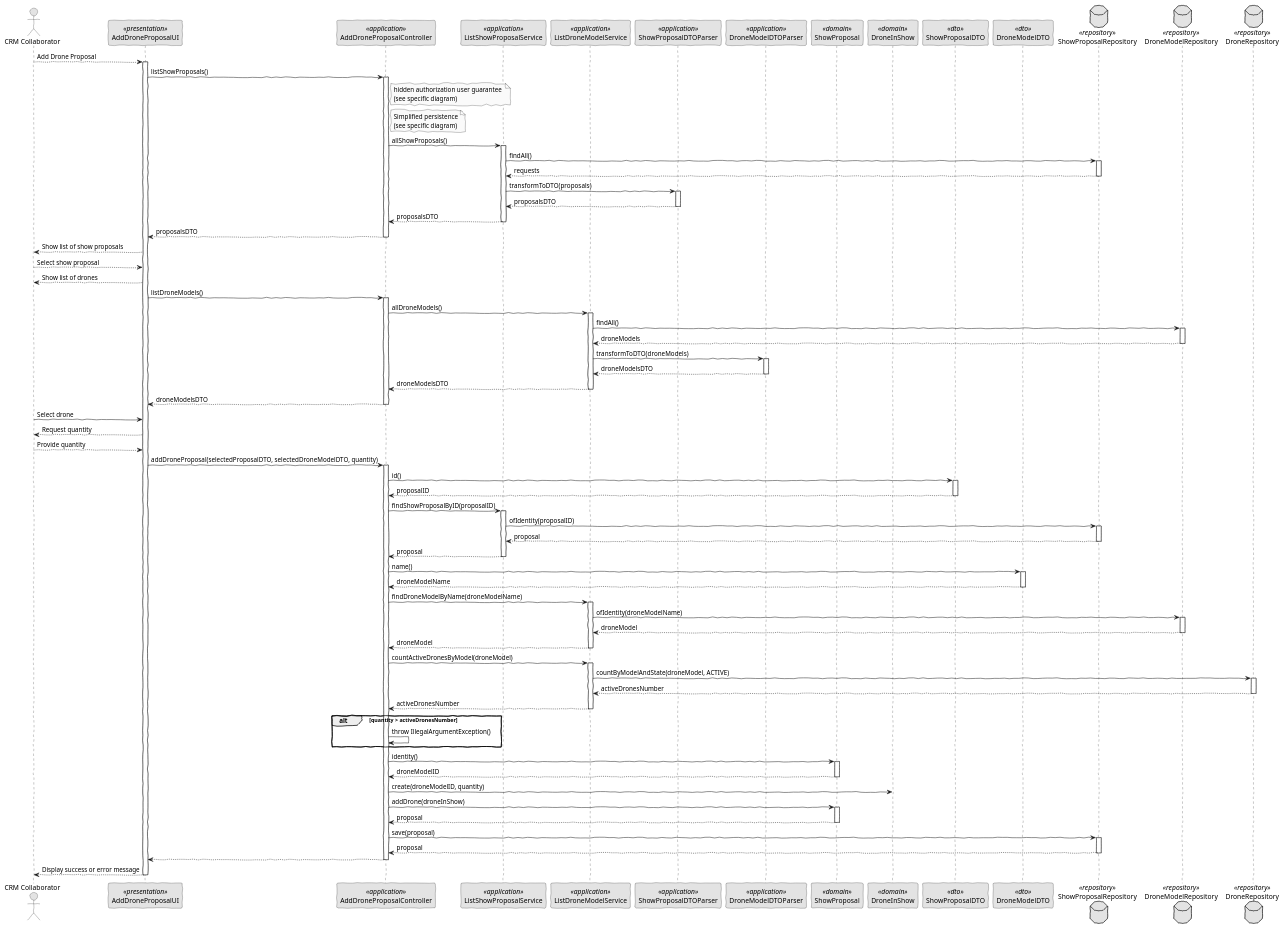
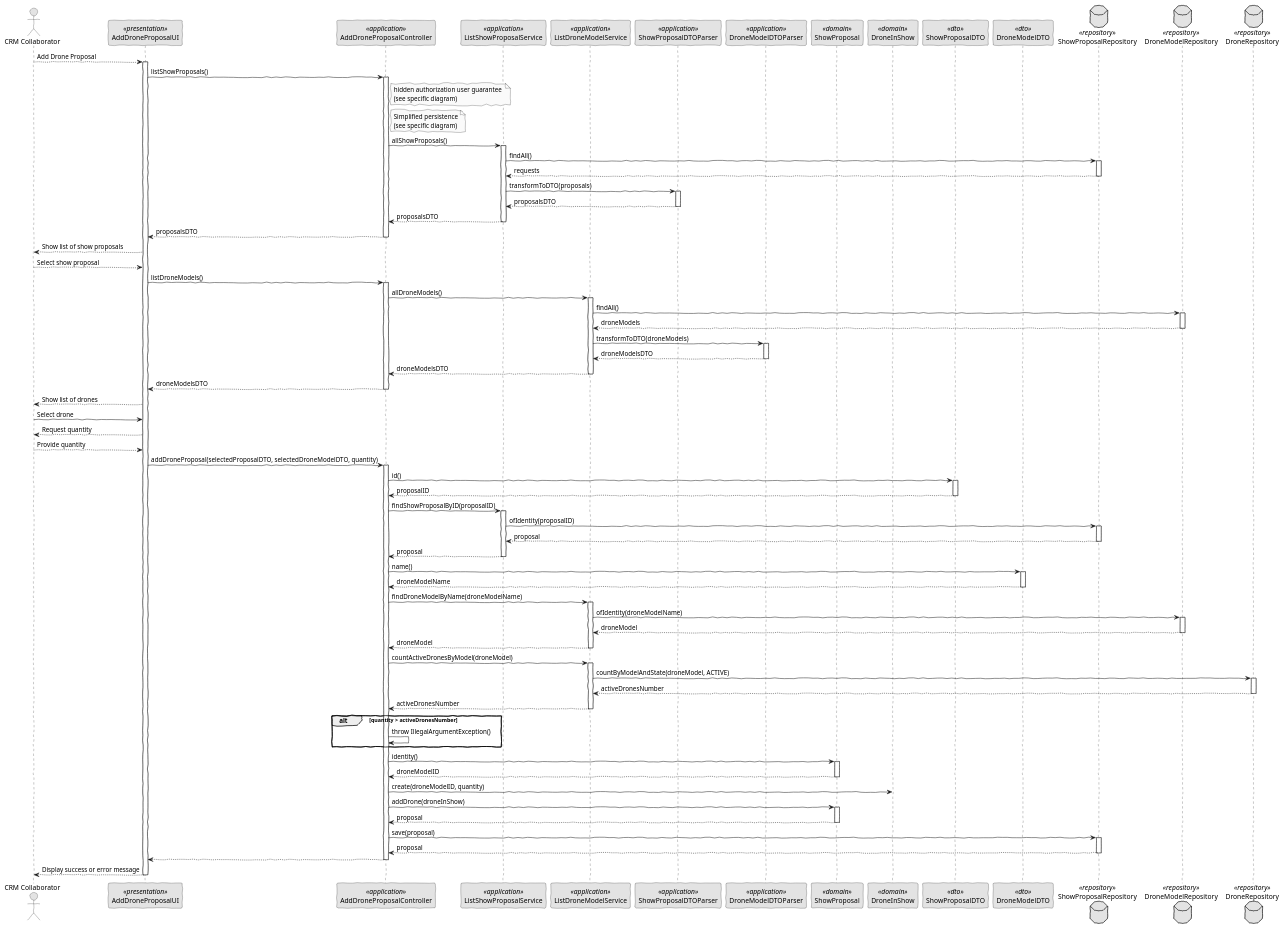
Before and after one commit to DavidRMVieira/drone-show-orchestration-system: the diagram in docs/user_stories/sprint_3/us_311/puml/sequence-diagram.puml, drawn with PlantUML. The commit also changed 81 other files, not shown here.

```diff
--- a/docs/user_stories/sprint_3/us_311/puml/sequence-diagram.puml
+++ b/docs/user_stories/sprint_3/us_311/puml/sequence-diagram.puml
@@ -1,171 +1,170 @@
 @startuml
 skinparam handwritten true
 skinparam monochrome true
 skinparam packageStyle rect
 skinparam defaultFontName FG Virgil
 skinparam shadowing false
 
 actor "CRM Collaborator" as Actor
 participant AddDroneProposalUI as UI <<presentation>>
 participant AddDroneProposalController as Controller <<application>>
 participant ListShowProposalService as proposalSvc <<application>>
 participant ListDroneModelService as droneSvc <<application>>
 participant ShowProposalDTOParser as proposalParser <<application>>
 participant DroneModelDTOParser as droneParser <<application>>
 participant ShowProposal as Domain <<domain>>
 participant DroneInShow as DroneInShow <<domain>>
 participant ShowProposalDTO as DTO <<dto>>
 participant DroneModelDTO as droneDTO <<dto>>
 database ShowProposalRepository as Repository <<repository>>
 database DroneModelRepository as droneModelRepository <<repository>>
 database DroneRepository as droneRepository <<repository>>
 
 Actor --> UI: Add Drone Proposal
 activate UI
 
     UI -> Controller: listShowProposals()
     activate Controller
 
     note right of Controller : hidden authorization user guarantee \n(see specific diagram)
 
     note right of Controller : Simplified persistence\n(see specific diagram)
 
         Controller -> proposalSvc : allShowProposals()
         activate proposalSvc
 
                     proposalSvc -> Repository : findAll()
                     activate Repository
 
                     Repository --> proposalSvc : requests
                     deactivate Repository
 
                     proposalSvc -> proposalParser : transformToDTO(proposals)
                     activate proposalParser
 
                     proposalParser --> proposalSvc : proposalsDTO
                     deactivate proposalParser
 
         proposalSvc --> Controller : proposalsDTO
         deactivate proposalSvc
 
     Controller --> UI: proposalsDTO
     deactivate Controller
 
     UI --> Actor: Show list of show proposals
     Actor --> UI: Select show proposal
 
-    UI --> Actor : Show list of drones
-
         UI -> Controller: listDroneModels()
         activate Controller
 
         Controller -> droneSvc : allDroneModels()
         activate droneSvc
 
                     droneSvc -> droneModelRepository : findAll()
                     activate droneModelRepository
 
                     droneModelRepository --> droneSvc : droneModels
                     deactivate droneModelRepository
 
                     droneSvc -> droneParser : transformToDTO(droneModels)
                     activate droneParser
 
                     droneParser --> droneSvc : droneModelsDTO
                     deactivate droneParser
 
         droneSvc --> Controller : droneModelsDTO
         deactivate droneSvc
 
         Controller --> UI: droneModelsDTO
         deactivate Controller
 
+    UI --> Actor : Show list of drones
     Actor -> UI : Select drone
 
     UI --> Actor: Request quantity
     Actor --> UI: Provide quantity
 
     UI -> Controller: addDroneProposal(selectedProposalDTO, selectedDroneModelDTO, quantity)
     activate Controller
 
         Controller -> DTO : id()
         activate DTO
 
         DTO --> Controller : proposalID
         deactivate DTO
 
         Controller -> proposalSvc : findShowProposalByID(proposalID)
         activate proposalSvc
 
                     proposalSvc -> Repository : ofIdentity(proposalID)
                     activate Repository
 
                     Repository --> proposalSvc : proposal
                     deactivate Repository
 
         proposalSvc --> Controller : proposal
         deactivate proposalSvc
 
         Controller -> droneDTO : name()
         activate droneDTO
 
         droneDTO --> Controller : droneModelName
         deactivate droneDTO
 
         Controller -> droneSvc : findDroneModelByName(droneModelName)
         activate droneSvc
 
                     droneSvc -> droneModelRepository : ofIdentity(droneModelName)
                     activate droneModelRepository
 
                     droneModelRepository --> droneSvc : droneModel
                     deactivate droneModelRepository
 
         droneSvc --> Controller : droneModel
         deactivate droneSvc
 
         Controller -> droneSvc : countActiveDronesByModel(droneModel)
         activate droneSvc
 
                     droneSvc -> droneRepository : countByModelAndState(droneModel, ACTIVE)
                     activate droneRepository
 
                     droneRepository --> droneSvc : activeDronesNumber
                     deactivate droneRepository
 
         droneSvc --> Controller : activeDronesNumber
         deactivate droneSvc
 
         alt quantity > activeDronesNumber
 
         Controller -> Controller : throw IllegalArgumentException()
 
         end
 
         Controller -> Domain : identity()
         activate Domain
 
         Domain --> Controller : droneModelID
         deactivate Domain
 
         Controller -> DroneInShow : create(droneModelID, quantity)
 
         Controller -> Domain : addDrone(droneInShow)
         activate Domain
 
         Domain --> Controller : proposal
         deactivate Domain
 
         Controller -> Repository: save(proposal)
         activate Repository
 
         Repository --> Controller: proposal
         deactivate Repository
 
         Controller --> UI:
     deactivate Controller
 
 UI --> Actor: Display success or error message
 deactivate UI
 
 @enduml
```
